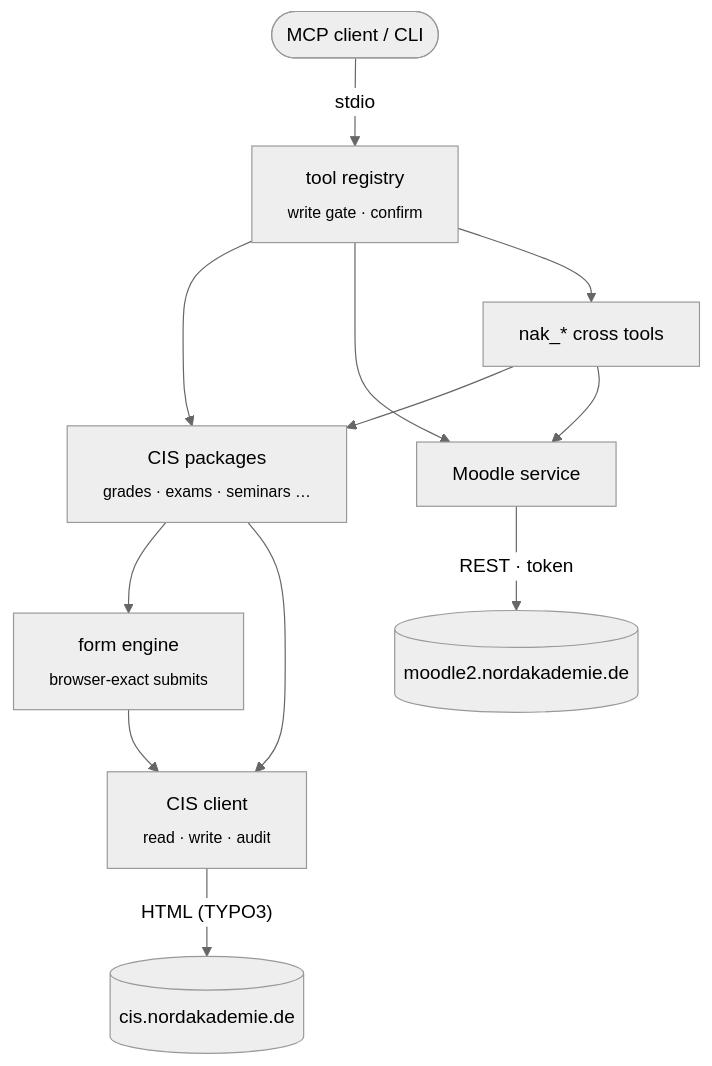
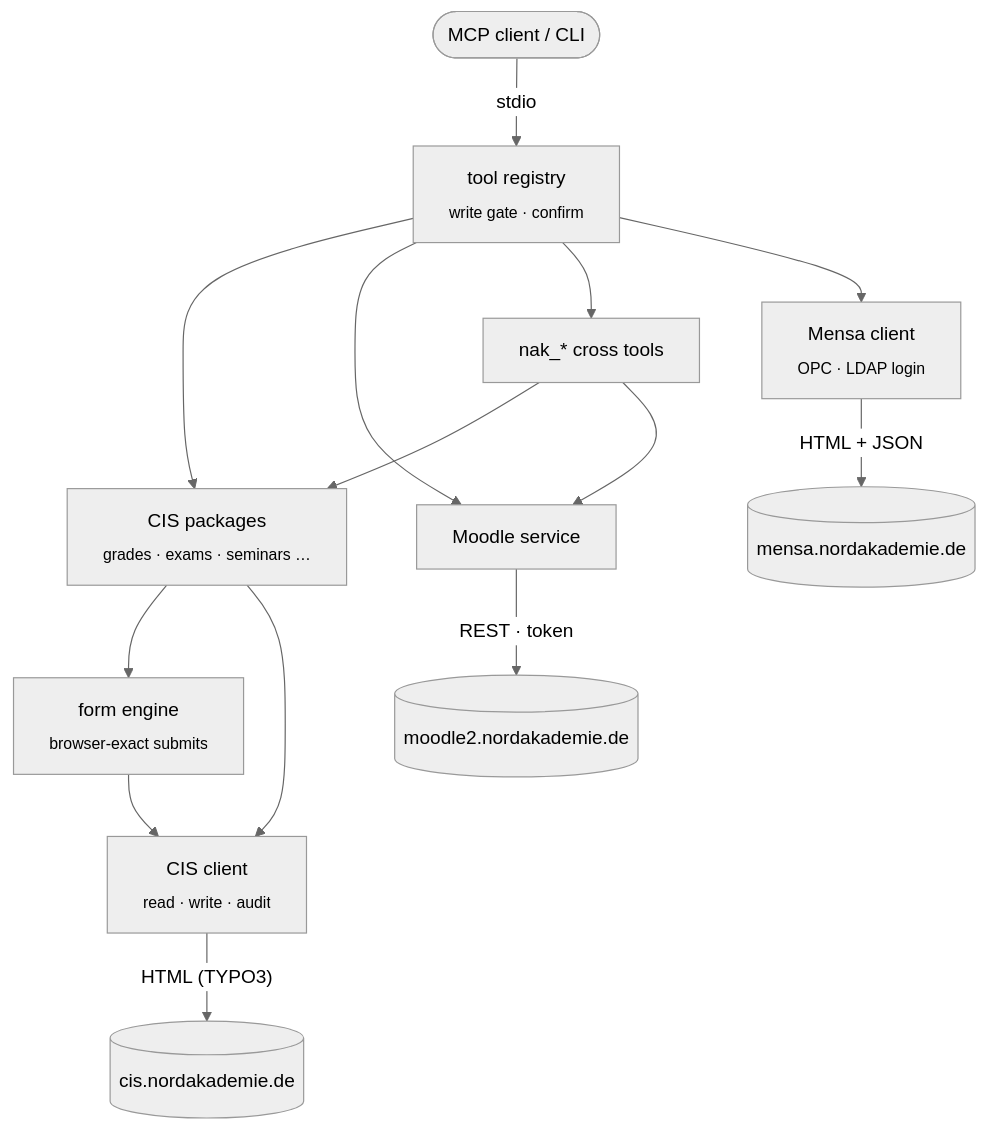
Before and after one commit to Raindancer118/nak-api: the diagram in README.md, drawn with Mermaid (neutral theme). The commit also changed other lines of this file and 14 other files, not shown here.

````diff
--- a/README.md
+++ b/README.md
@@ -392,13 +394,15 @@
 ```mermaid
 flowchart TB
     client(["MCP client / CLI"]) -- "stdio" --> reg["tool registry<br/><sub>write gate · confirm</sub>"]
     reg --> cisp["CIS packages<br/><sub>grades · exams · seminars …</sub>"]
     reg --> mdl["Moodle service"]
     reg --> nak["nak_* cross tools"]
     nak --> cisp & mdl
     cisp --> forms["form engine<br/><sub>browser-exact submits</sub>"]
     cisp --> http["CIS client<br/><sub>read · write · audit</sub>"]
     forms --> http
     http -- "HTML (TYPO3)" --> CIS[("cis.nordakademie.de")]
     mdl -- "REST · token" --> Moodle[("moodle2.nordakademie.de")]
+    reg --> mensa["Mensa client<br/><sub>OPC · LDAP login</sub>"]
+    mensa -- "HTML + JSON" --> Mensa[("mensa.nordakademie.de")]
 ```
````
